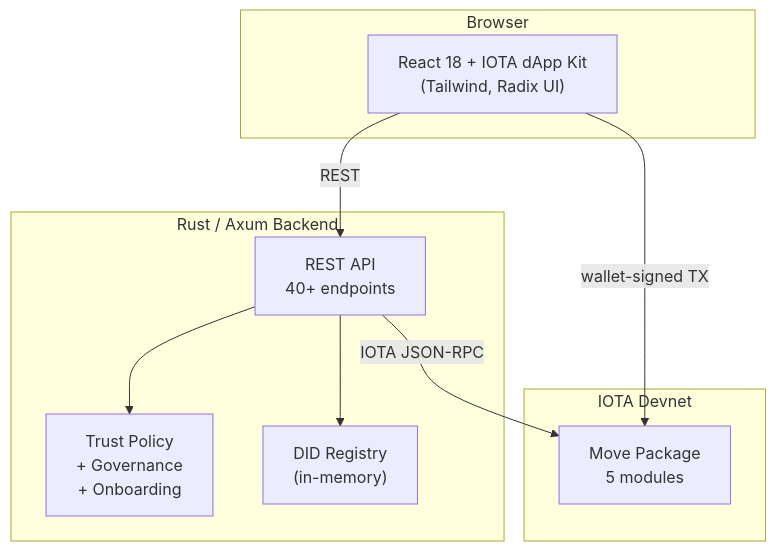
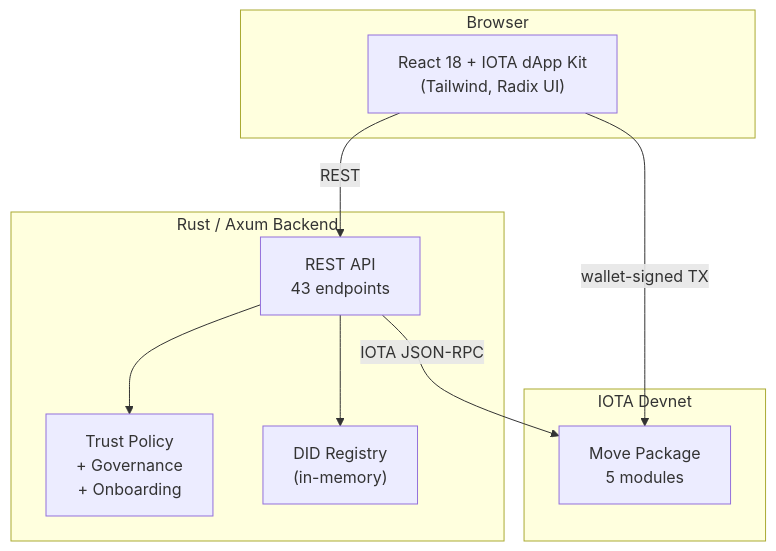
Before and after one commit to theiari/Hackathon: the diagram in Credora/README.md, drawn with Mermaid. The commit also changed other lines of this file, not shown here.

````diff
--- a/Credora/README.md
+++ b/Credora/README.md
@@ -46,22 +46,22 @@
 ```mermaid
 flowchart TB
   subgraph Browser
     FE["React 18 + IOTA dApp Kit\n(Tailwind, Radix UI)"]
   end
 
   subgraph IOTA_Devnet["IOTA Devnet"]
     MOVE["Move Package\n5 modules"]
   end
 
   subgraph Backend["Rust / Axum Backend"]
-    API["REST API\n40+ endpoints"]
+    API["REST API\n43 endpoints"]
     TRUST["Trust Policy\n+ Governance\n+ Onboarding"]
     DID["DID Registry\n(in-memory)"]
   end
 
   FE -- "wallet-signed TX" --> MOVE
   FE -- "REST" --> API
   API -- "IOTA JSON-RPC" --> MOVE
   API --> TRUST
   API --> DID
 ```
````
